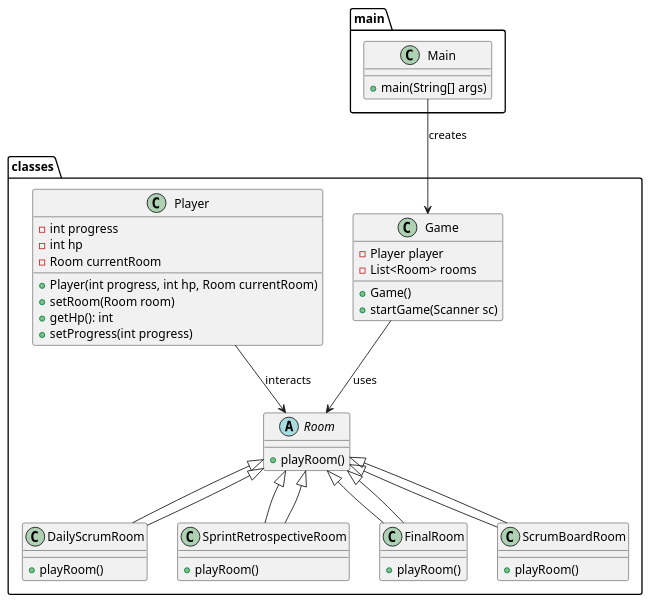
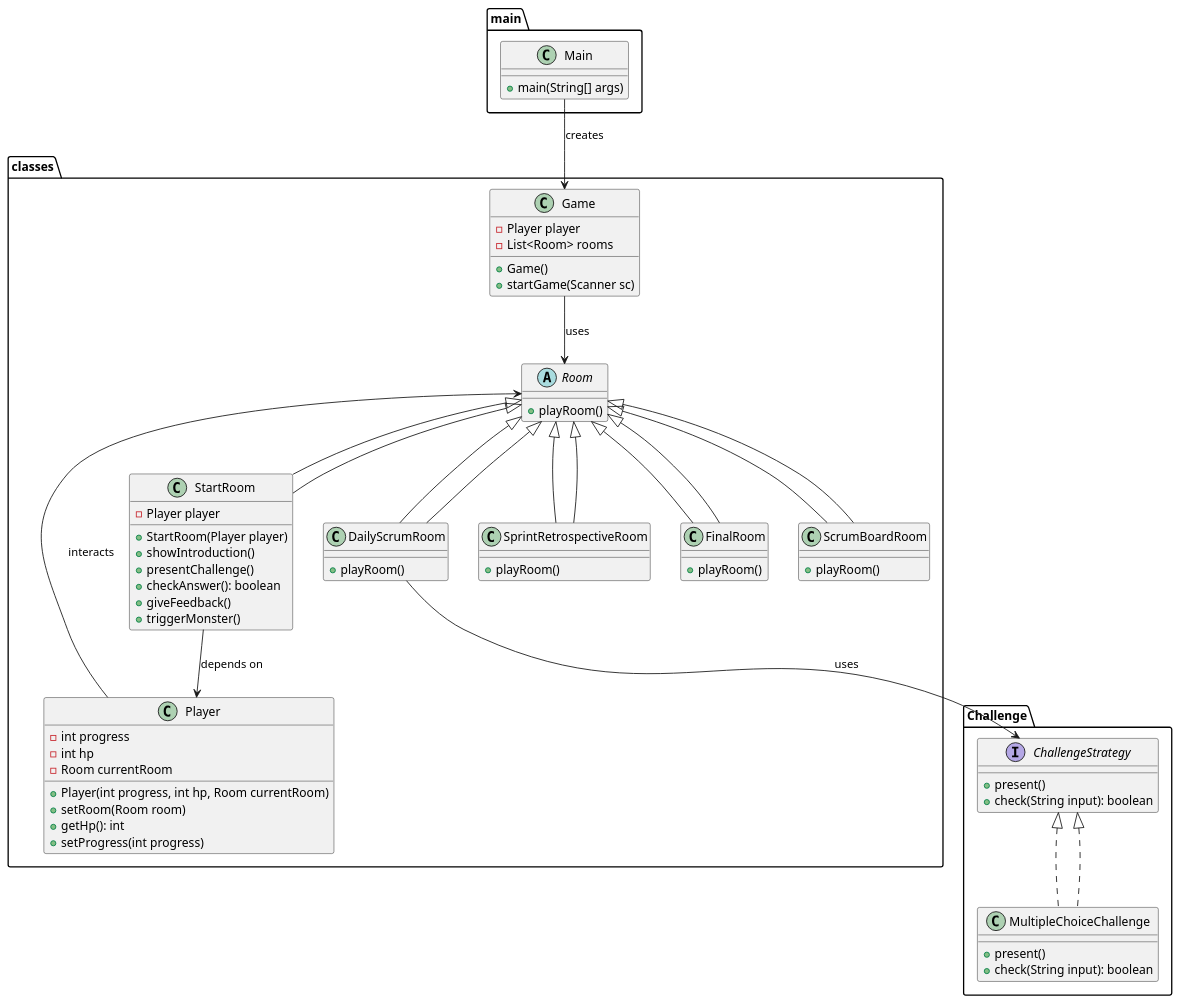
One commit to plexg/SEB_groupC changed the diagram in src/uml/umlclassdiagram.puml. Above: the diagram before and after it, drawn with PlantUML. The commit also changed 34 other files, not shown here.

```diff
--- a/src/uml/umlclassdiagram.puml
+++ b/src/uml/umlclassdiagram.puml
@@ -1,57 +1,83 @@
 @startuml
 'https://plantuml.com/class-diagram
 
 package classes {
     class Game {
         - Player player
         - List<Room> rooms
         + Game()
         + startGame(Scanner sc)
     }
 
     class Player {
         - int progress
         - int hp
         - Room currentRoom
         + Player(int progress, int hp, Room currentRoom)
         + setRoom(Room room)
         + getHp(): int
         + setProgress(int progress)
     }
 
     abstract class Room {
         + playRoom()
     }
 
+    class StartRoom extends Room {
+        - Player player
+        + StartRoom(Player player)
+        + showIntroduction()
+        + presentChallenge()
+        + checkAnswer(): boolean
+        + giveFeedback()
+        + triggerMonster()
+    }
+
     class DailyScrumRoom extends Room {
         + playRoom()
     }
 
     class SprintRetrospectiveRoom extends Room {
         + playRoom()
     }
 
     class FinalRoom extends Room {
         + playRoom()
     }
 
     class ScrumBoardRoom extends Room {
         + playRoom()
     }
 }
 
 package main {
     class Main {
         + main(String[] args)
     }
 }
 
+package Challenge {
+    interface ChallengeStrategy {
+        + present()
+        + check(String input): boolean
+    }
+
+    class MultipleChoiceChallenge implements ChallengeStrategy {
+        + present()
+        + check(String input): boolean
+    }
+}
+
 Game --> Room : uses
 Player --> Room : interacts
 Main --> Game : creates
+Room <|-- StartRoom
 Room <|-- DailyScrumRoom
 Room <|-- SprintRetrospectiveRoom
 Room <|-- FinalRoom
 Room <|-- ScrumBoardRoom
+DailyScrumRoom --> ChallengeStrategy : uses
+ChallengeStrategy <|.. MultipleChoiceChallenge
+StartRoom --> Player : depends on
 
 @enduml
```
